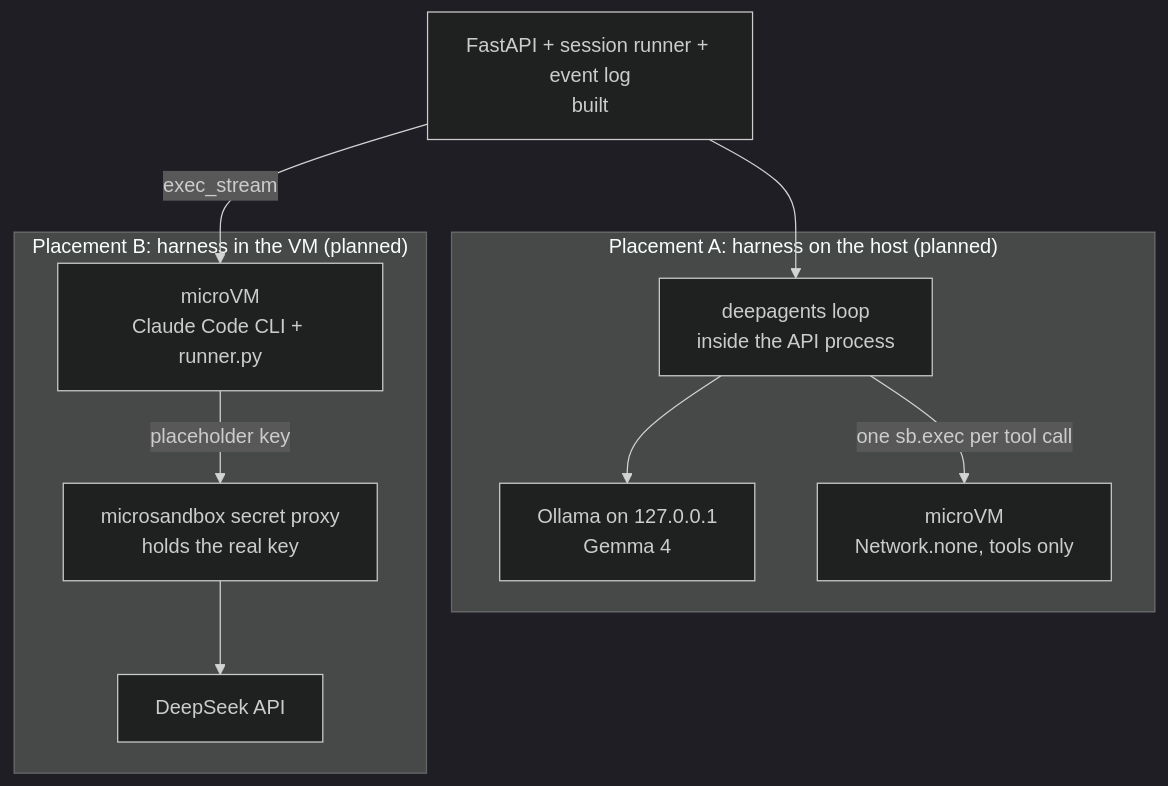
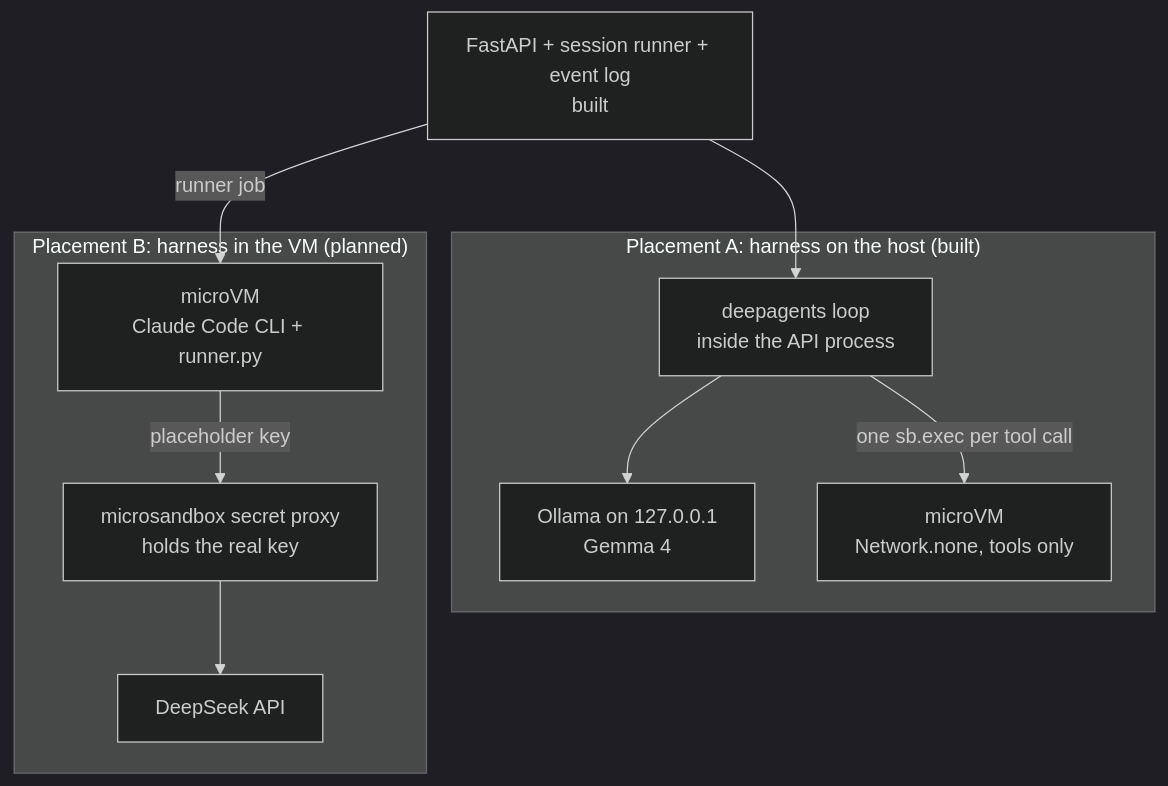
The third of 3 diagrams in README.md (morri5/sandboxed-agents), drawn with Mermaid (dark theme) before and after one commit. The commit also changed other lines of this file and 36 other files, not shown here.

````diff
--- a/README.md
+++ b/README.md
@@ -34,14 +82,14 @@
 ```mermaid
 flowchart TB
     API[FastAPI + session runner + event log<br/>built]
-    subgraph A["Placement A: harness on the host (planned)"]
+    subgraph A["Placement A: harness on the host (built)"]
         DA[deepagents loop<br/>inside the API process] --> OL[Ollama on 127.0.0.1<br/>Gemma 4]
         DA -->|one sb.exec per tool call| VMA[microVM<br/>Network.none, tools only]
     end
     subgraph B["Placement B: harness in the VM (planned)"]
         VMB[microVM<br/>Claude Code CLI + runner.py] -->|placeholder key| PX[microsandbox secret proxy<br/>holds the real key]
         PX --> DS[DeepSeek API]
     end
     API --> DA
-    API -->|exec_stream| VMB
+    API -->|runner job| VMB
 ```
````
